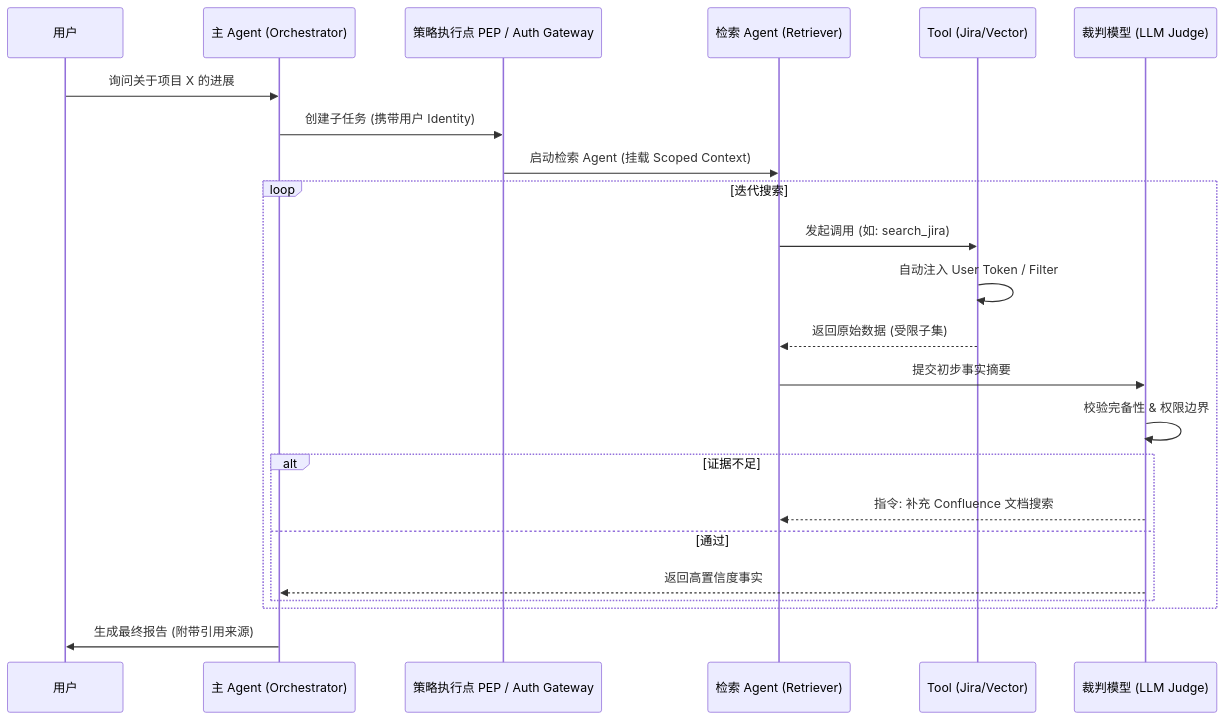
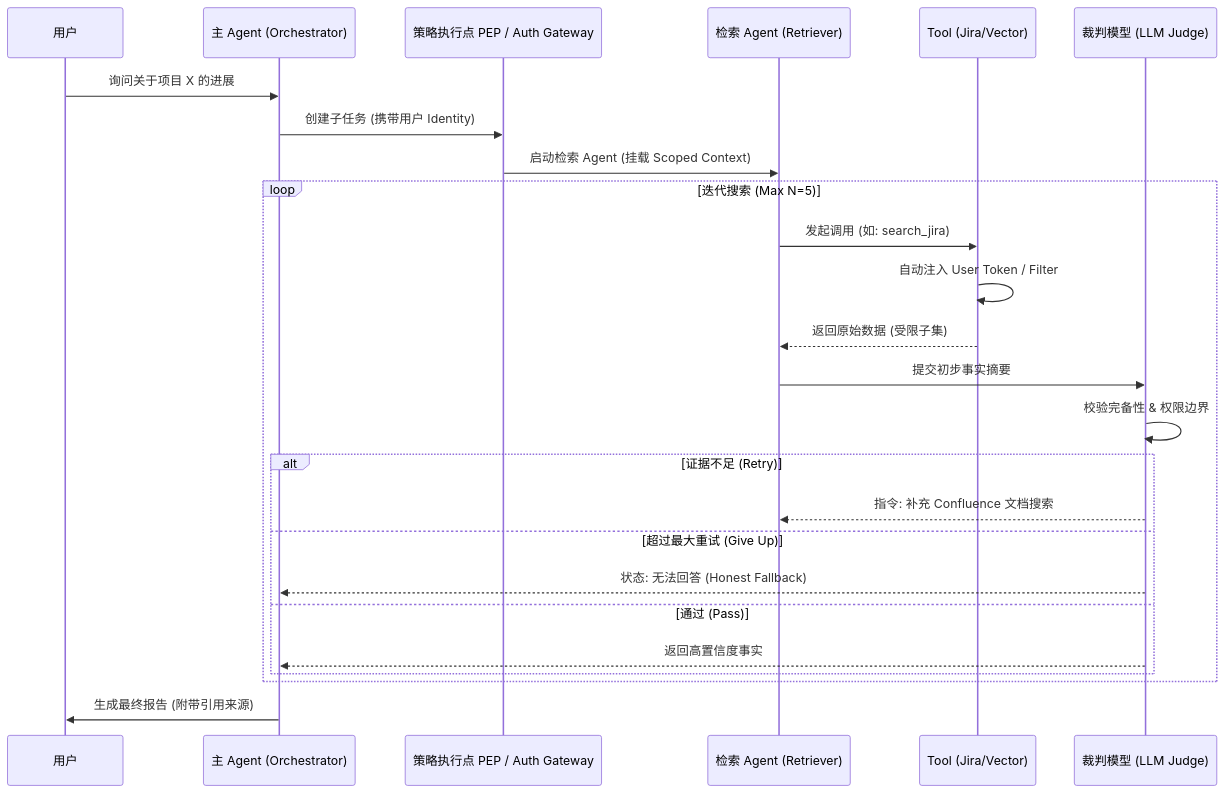
The second of 15 diagrams in docs/arch/enterprise-agentic-rag.md (cute-spring/opencode-notes), drawn with Mermaid before and after one commit. The commit also changed other lines of this file, not shown here.

Commit message:
docs: enhance enterprise RAG arch with honest fallback, clarification loop, memory system & full-link diagrams

````diff
--- a/docs/arch/enterprise-agentic-rag.md
+++ b/docs/arch/enterprise-agentic-rag.md
@@ -91,28 +91,30 @@
 ```mermaid
 sequenceDiagram
     participant U as 用户
     participant M as 主 Agent (Orchestrator)
     participant G as 策略执行点 PEP / Auth Gateway
     participant R as 检索 Agent (Retriever)
     participant T as Tool (Jira/Vector)
     participant C as 裁判模型 (LLM Judge)
 
     U->>M: 询问关于项目 X 的进展
     M->>G: 创建子任务 (携带用户 Identity)
     G->>R: 启动检索 Agent (挂载 Scoped Context)
     
-    loop 迭代搜索
+    loop 迭代搜索 (Max N=5)
         R->>T: 发起调用 (如: search_jira)
         T->>T: 自动注入 User Token / Filter
         T-->>R: 返回原始数据 (受限子集)
         R->>C: 提交初步事实摘要
         C->>C: 校验完备性 & 权限边界
-        alt 证据不足
+        alt 证据不足 (Retry)
             C-->>R: 指令: 补充 Confluence 文档搜索
-        else 通过
+        else 超过最大重试 (Give Up)
+            C-->>M: 状态: 无法回答 (Honest Fallback)
+        else 通过 (Pass)
             C-->>M: 返回高置信度事实
         end
     end
 
     M->>U: 生成最终报告 (附带引用来源)
 ```
````
